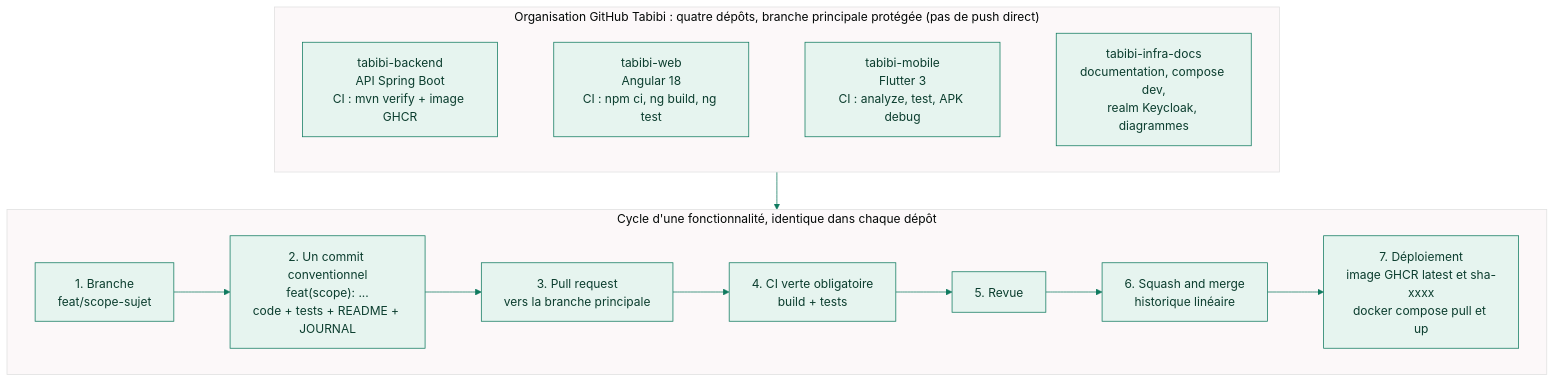
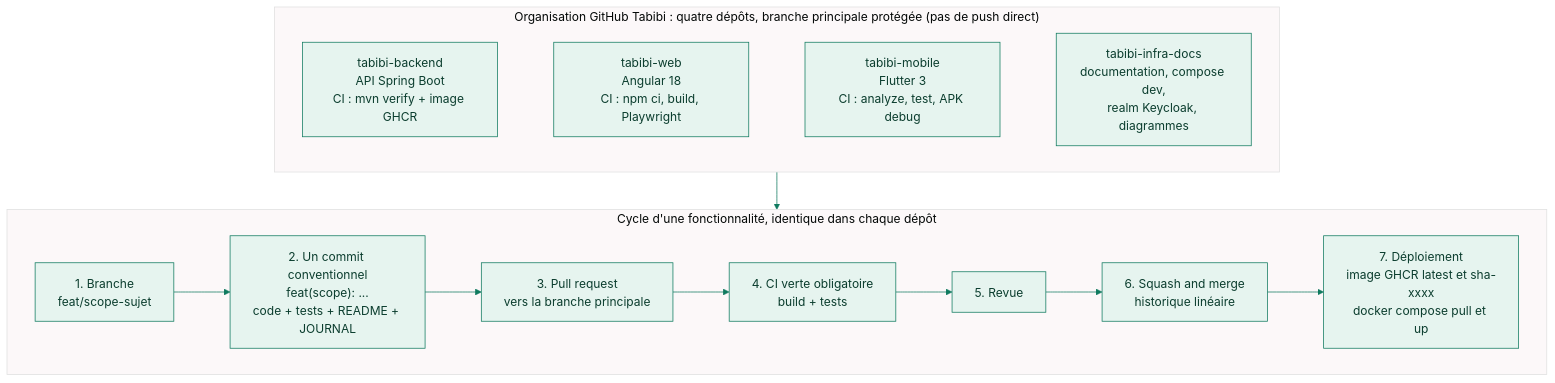
Before and after one commit to Ariles2025-ops/tabibi-infra-docs: the diagram in docs/diagrammes/src/flux-git.mmd, drawn with Mermaid. The commit also changed 14 other files, not shown here.

```diff
--- a/docs/diagrammes/src/flux-git.mmd
+++ b/docs/diagrammes/src/flux-git.mmd
@@ -1,24 +1,24 @@
 %%{init: {'theme':'base','themeVariables':{'primaryColor':'#e6f4ef','primaryBorderColor':'#0f7a5f','primaryTextColor':'#0b3d2e','lineColor':'#0f7a5f','fontFamily':'Helvetica'}}}%%
 flowchart TB
   subgraph org["Organisation GitHub Tabibi : quatre dépôts, branche principale protégée (pas de push direct)"]
     direction LR
     R1["tabibi-backend<br/>API Spring Boot<br/>CI : mvn verify + image GHCR"]
-    R2["tabibi-web<br/>Angular 18<br/>CI : npm ci, ng build, ng test"]
+    R2["tabibi-web<br/>Angular 18<br/>CI : npm ci, build, Playwright"]
     R3["tabibi-mobile<br/>Flutter 3<br/>CI : analyze, test, APK debug"]
     R4["tabibi-infra-docs<br/>documentation, compose dev,<br/>realm Keycloak, diagrammes"]
     R1 ~~~ R2 ~~~ R3 ~~~ R4
   end
 
   subgraph cycle["Cycle d'une fonctionnalité, identique dans chaque dépôt"]
     direction LR
     B["1. Branche<br/>feat/scope-sujet"]
     C["2. Un commit conventionnel<br/>feat(scope): ...<br/>code + tests + README + JOURNAL"]
     P["3. Pull request<br/>vers la branche principale"]
     CI["4. CI verte obligatoire<br/>build + tests"]
     REV["5. Revue"]
     M["6. Squash and merge<br/>historique linéaire"]
     D["7. Déploiement<br/>image GHCR latest et sha-xxxx<br/>docker compose pull et up"]
     B --> C --> P --> CI --> REV --> M --> D
   end
 
   org --> cycle
```
